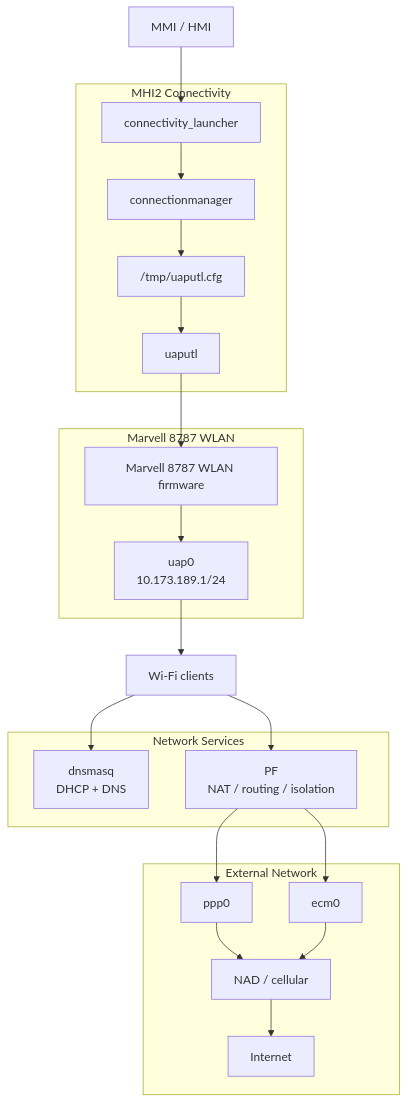
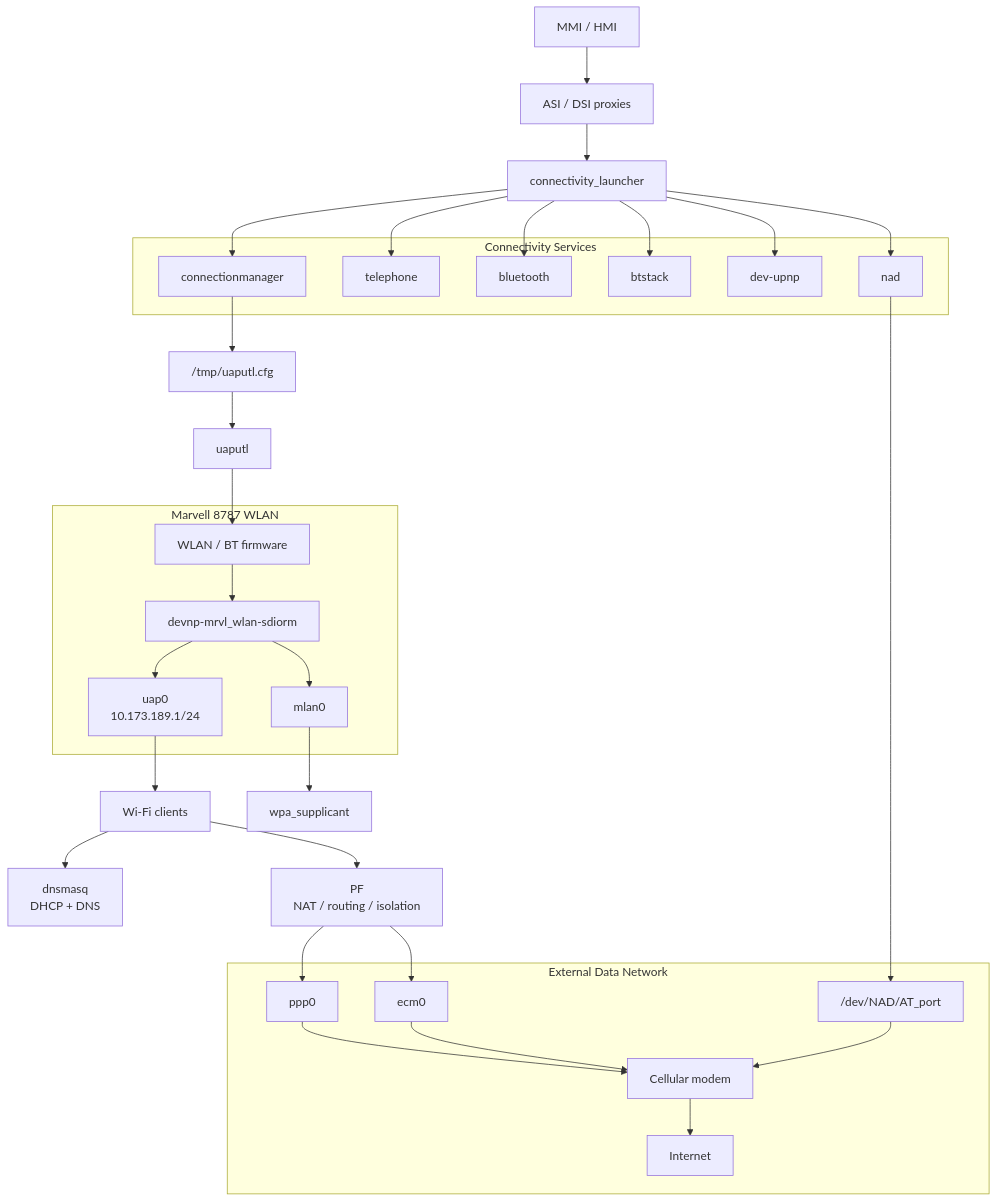
Before and after one commit to joeyQuery/MHI2-Wireless-CarPlay: the first of 22 diagrams in docs/wifi.md, drawn with Mermaid. The commit also changed other lines of this file, not shown here.

````diff
--- a/docs/wifi.md
+++ b/docs/wifi.md
@@ -11,47 +11,76 @@
 ```mermaid
 flowchart TB
     HMI["MMI / HMI"]
 
-    subgraph CONNECTIVITY["MHI2 Connectivity"]
-        LAUNCHER["connectivity_launcher"]
+    PROXY["ASI / DSI proxies"]
+
+    LAUNCHER["connectivity_launcher"]
+
+    subgraph SERVICES["Connectivity Services"]
         CM["connectionmanager"]
-        CFG["/tmp/uaputl.cfg"]
-        UAPUTL["uaputl"]
+        TEL["telephone"]
+        BT["bluetooth"]
+        BTSTACK["btstack"]
+        UPNP["dev-upnp"]
+        NAD["nad"]
     end
 
+    CFG["/tmp/uaputl.cfg"]
+    UAPUTL["uaputl"]
+
     subgraph WLAN["Marvell 8787 WLAN"]
-        FW["Marvell 8787 WLAN firmware"]
+        FW["WLAN / BT firmware"]
+        DRIVER["devnp-mrvl_wlan-sdiorm"]
         UAP["uap0<br/>10.173.189.1/24"]
+        MLAN["mlan0"]
     end
 
+    WPA["wpa_supplicant"]
     CLIENTS["Wi-Fi clients"]
 
-    subgraph SERVICES["Network Services"]
-        DNS["dnsmasq<br/>DHCP + DNS"]
-        PF["PF<br/>NAT / routing / isolation"]
-    end
+    DNSMASQ["dnsmasq<br/>DHCP + DNS"]
+    PF["PF<br/>NAT / routing / isolation"]
 
-    subgraph WAN["External Network"]
+    subgraph WAN["External Data Network"]
         PPP["ppp0"]
         ECM["ecm0"]
-        NAD["NAD / cellular"]
+        NADDEV["/dev/NAD/AT_port"]
+        MODEM["Cellular modem"]
         INTERNET["Internet"]
     end
 
-    HMI --> LAUNCHER
+    HMI --> PROXY
+    PROXY --> LAUNCHER
+
     LAUNCHER --> CM
+    LAUNCHER --> TEL
+    LAUNCHER --> BT
+    LAUNCHER --> BTSTACK
+    LAUNCHER --> UPNP
+    LAUNCHER --> NAD
+
     CM --> CFG
     CFG --> UAPUTL
     UAPUTL --> FW
-    FW --> UAP
+
+    FW --> DRIVER
+    DRIVER --> UAP
+    DRIVER --> MLAN
+
+    MLAN --> WPA
 
     UAP --> CLIENTS
-    CLIENTS --> DNS
+
+    CLIENTS --> DNSMASQ
     CLIENTS --> PF
 
     PF --> PPP
     PF --> ECM
-    PPP --> NAD
-    ECM --> NAD
-    NAD --> INTERNET
+
+    NAD --> NADDEV
+    NADDEV --> MODEM
+
+    PPP --> MODEM
+    ECM --> MODEM
+    MODEM --> INTERNET
 ```
````
